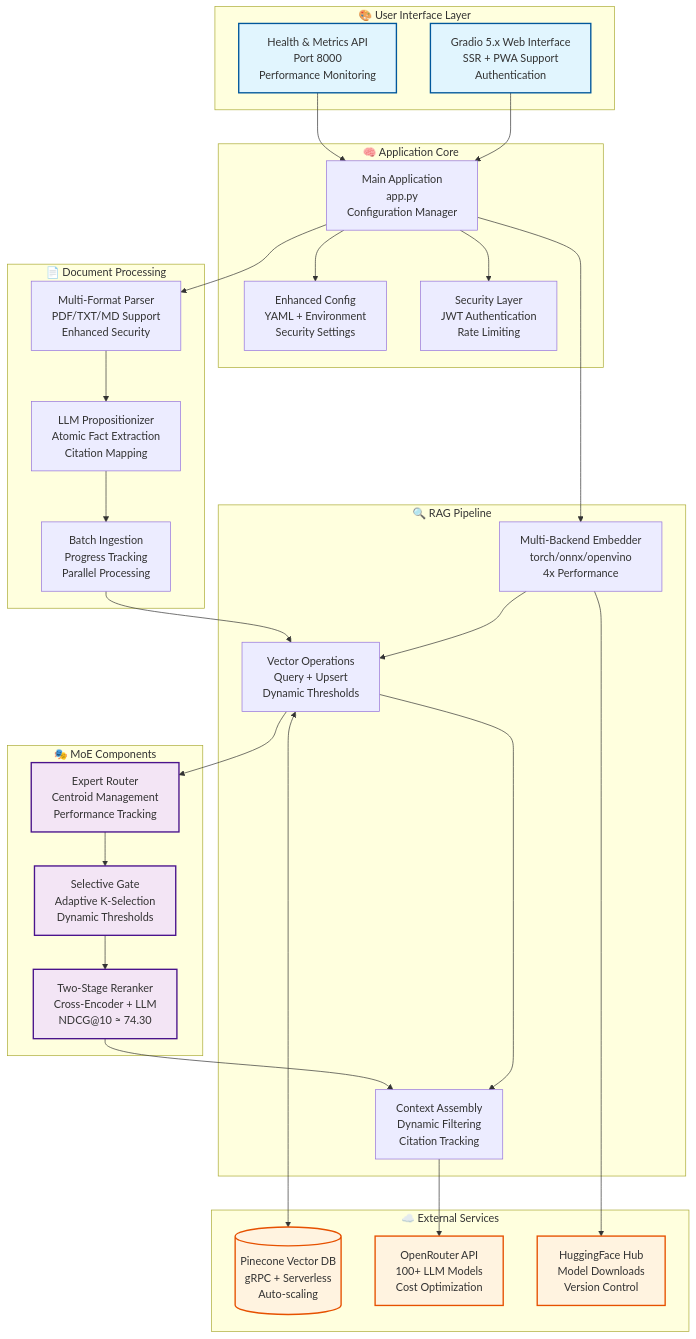
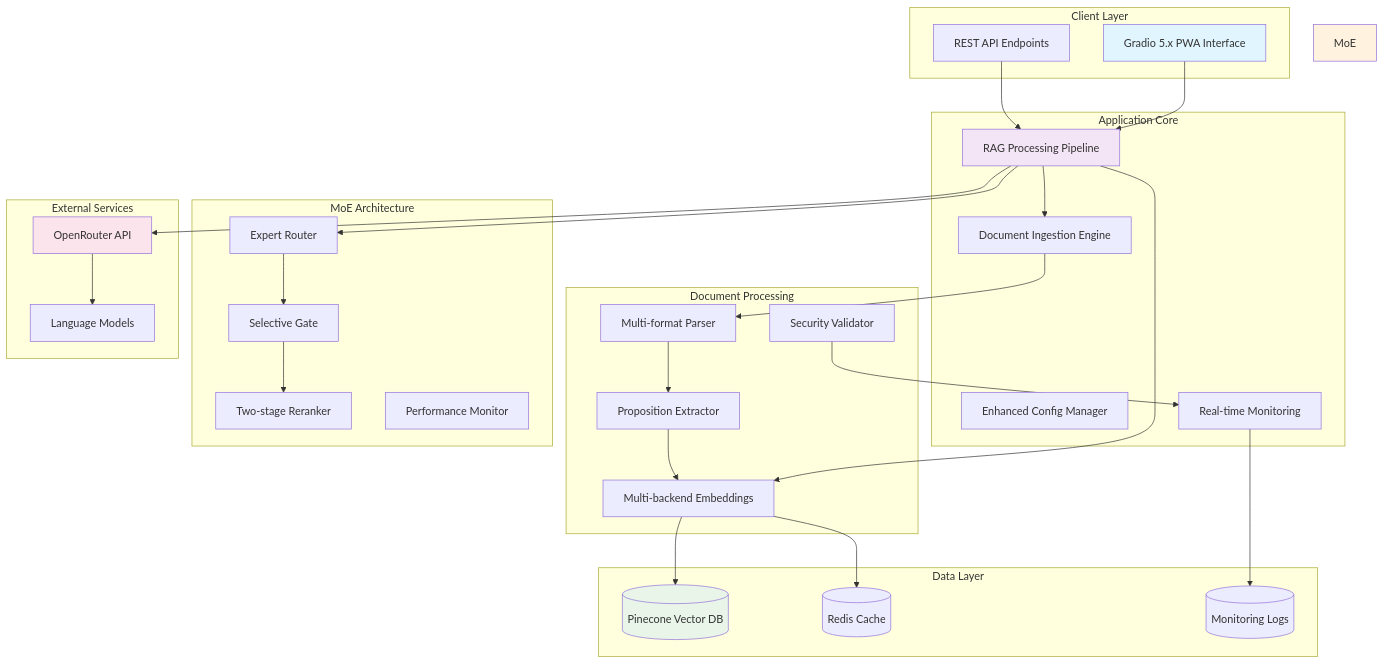
Before and after one commit to JackSmack1971/personal-rag-propo: the first of 7 diagrams in README.md, drawn with Mermaid. The commit also changed other lines of this file, not shown here.

````diff
--- a/README.md
+++ b/README.md
@@ -63,68 +68,62 @@
 ```mermaid
 graph TB
-    subgraph UI_Layer["🎨 User Interface Layer"]
-        UI[Gradio 5.x Web Interface<br/>SSR + PWA Support<br/>Authentication]
-        API[Health & Metrics API<br/>Port 8000<br/>Performance Monitoring]
+    subgraph "Client Layer"
+        UI[Gradio 5.x PWA Interface]
+        API[REST API Endpoints]
     end
     
-    subgraph App_Core["🧠 Application Core"]
-        APP[Main Application<br/>app.py<br/>Configuration Manager]
-        CONFIG[Enhanced Config<br/>YAML + Environment<br/>Security Settings]
-        AUTH[Security Layer<br/>JWT Authentication<br/>Rate Limiting]
+    subgraph "Application Core"
+        CONFIG[Enhanced Config Manager]
+        INGEST[Document Ingestion Engine]
+        RAG[RAG Processing Pipeline]
+        MONITOR[Real-time Monitoring]
     end
     
-    subgraph RAG_Pipeline["🔍 RAG Pipeline"]
-        EMBED[Multi-Backend Embedder<br/>torch/onnx/openvino<br/>4x Performance]
-        VECTOR[Vector Operations<br/>Query + Upsert<br/>Dynamic Thresholds]
-        CONTEXT[Context Assembly<br/>Dynamic Filtering<br/>Citation Tracking]
+    subgraph "Document Processing"
+        PARSER[Multi-format Parser]
+        PROP[Proposition Extractor]
+        EMBED[Multi-backend Embeddings]
+        SECURITY[Security Validator]
     end
     
-    subgraph MoE_Components["🎭 MoE Components"]
-        ROUTER[Expert Router<br/>Centroid Management<br/>Performance Tracking]
-        GATE[Selective Gate<br/>Adaptive K-Selection<br/>Dynamic Thresholds]
-        RERANK[Two-Stage Reranker<br/>Cross-Encoder + LLM<br/>NDCG@10 ≈ 74.30]
+    subgraph "MoE Architecture" 
+        ROUTER[Expert Router]
+        GATE[Selective Gate]
+        RERANK[Two-stage Reranker]
+        EVAL[Performance Monitor]
     end
     
-    subgraph Doc_Processing["📄 Document Processing"]
-        PARSE[Multi-Format Parser<br/>PDF/TXT/MD Support<br/>Enhanced Security]
-        PROP[LLM Propositionizer<br/>Atomic Fact Extraction<br/>Citation Mapping]
-        INGEST[Batch Ingestion<br/>Progress Tracking<br/>Parallel Processing]
+    subgraph "Data Layer"
+        PINECONE[(Pinecone Vector DB)]
+        CACHE[(Redis Cache)]
+        LOGS[(Monitoring Logs)]
     end
     
-    subgraph External_Services["☁️ External Services"]
-        PINECONE[(Pinecone Vector DB<br/>gRPC + Serverless<br/>Auto-scaling)]
-        OPENROUTER[OpenRouter API<br/>100+ LLM Models<br/>Cost Optimization]
-        HF[HuggingFace Hub<br/>Model Downloads<br/>Version Control]
+    subgraph "External Services"
+        OPENROUTER[OpenRouter API]
+        LLM[Language Models]
     end
     
-    UI --> APP
-    API --> APP
-    APP --> CONFIG
-    APP --> AUTH
-    APP --> EMBED
-    EMBED --> VECTOR
-    VECTOR --> CONTEXT
+    UI --> RAG
+    API --> RAG
+    RAG --> INGEST
+    RAG --> EMBED
+    INGEST --> PARSER
+    PARSER --> PROP
+    PROP --> EMBED
+    EMBED --> PINECONE
+    RAG --> ROUTER
+    ROUTER --> GATE
+    GATE --> RERANK
+    RAG --> OPENROUTER
+    OPENROUTER --> LLM
+    MONITOR --> LOGS
+    EMBED --> CACHE
+    SECURITY --> MONITOR
     
-    VECTOR --> ROUTER
-    ROUTER --> GATE  
-    GATE --> RERANK
-    RERANK --> CONTEXT
-    
-    APP --> PARSE
-    PARSE --> PROP
-    PROP --> INGEST
-    INGEST --> VECTOR
-    
-    VECTOR <--> PINECONE
-    CONTEXT --> OPENROUTER
-    EMBED --> HF
-    
-    style UI fill:#e1f5fe,stroke:#01579b,stroke-width:2px
-    style API fill:#e1f5fe,stroke:#01579b,stroke-width:2px
-    style ROUTER fill:#f3e5f5,stroke:#4a148c,stroke-width:2px
-    style GATE fill:#f3e5f5,stroke:#4a148c,stroke-width:2px
-    style RERANK fill:#f3e5f5,stroke:#4a148c,stroke-width:2px
-    style PINECONE fill:#fff3e0,stroke:#e65100,stroke-width:2px
-    style OPENROUTER fill:#fff3e0,stroke:#e65100,stroke-width:2px
-    style HF fill:#fff3e0,stroke:#e65100,stroke-width:2px
+    style UI fill:#e1f5fe
+    style RAG fill:#f3e5f5
+    style MoE fill:#fff3e0
+    style PINECONE fill:#e8f5e8
+    style OPENROUTER fill:#fce4ec
 ```
````
